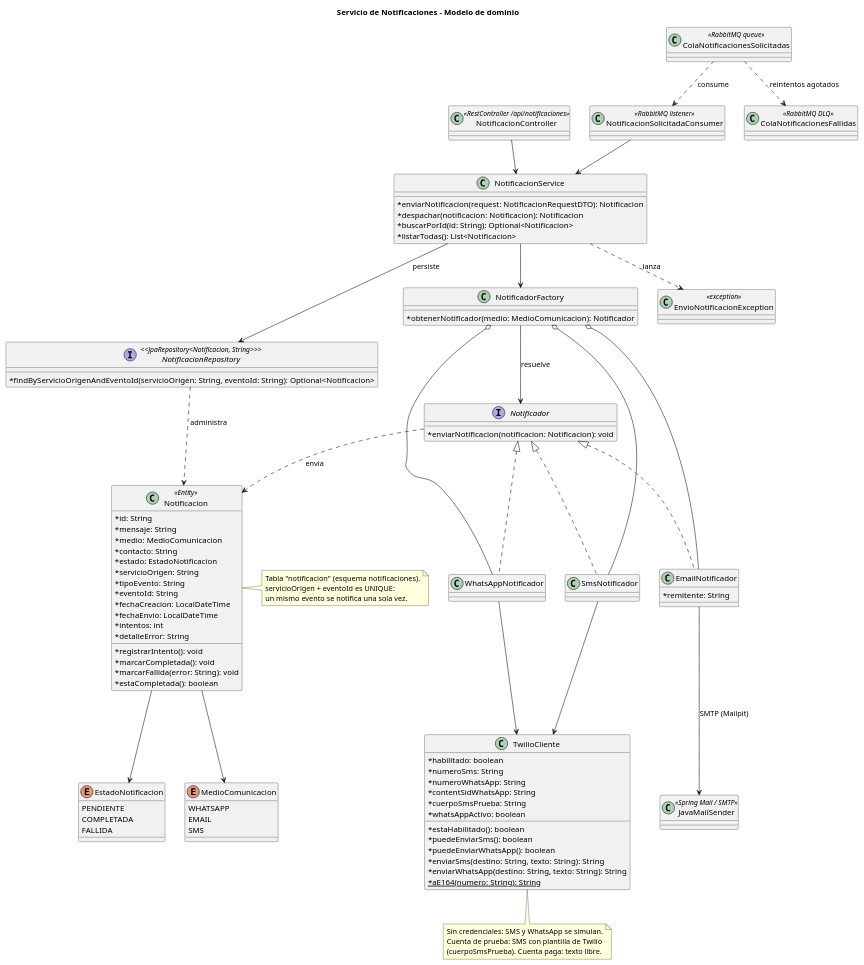
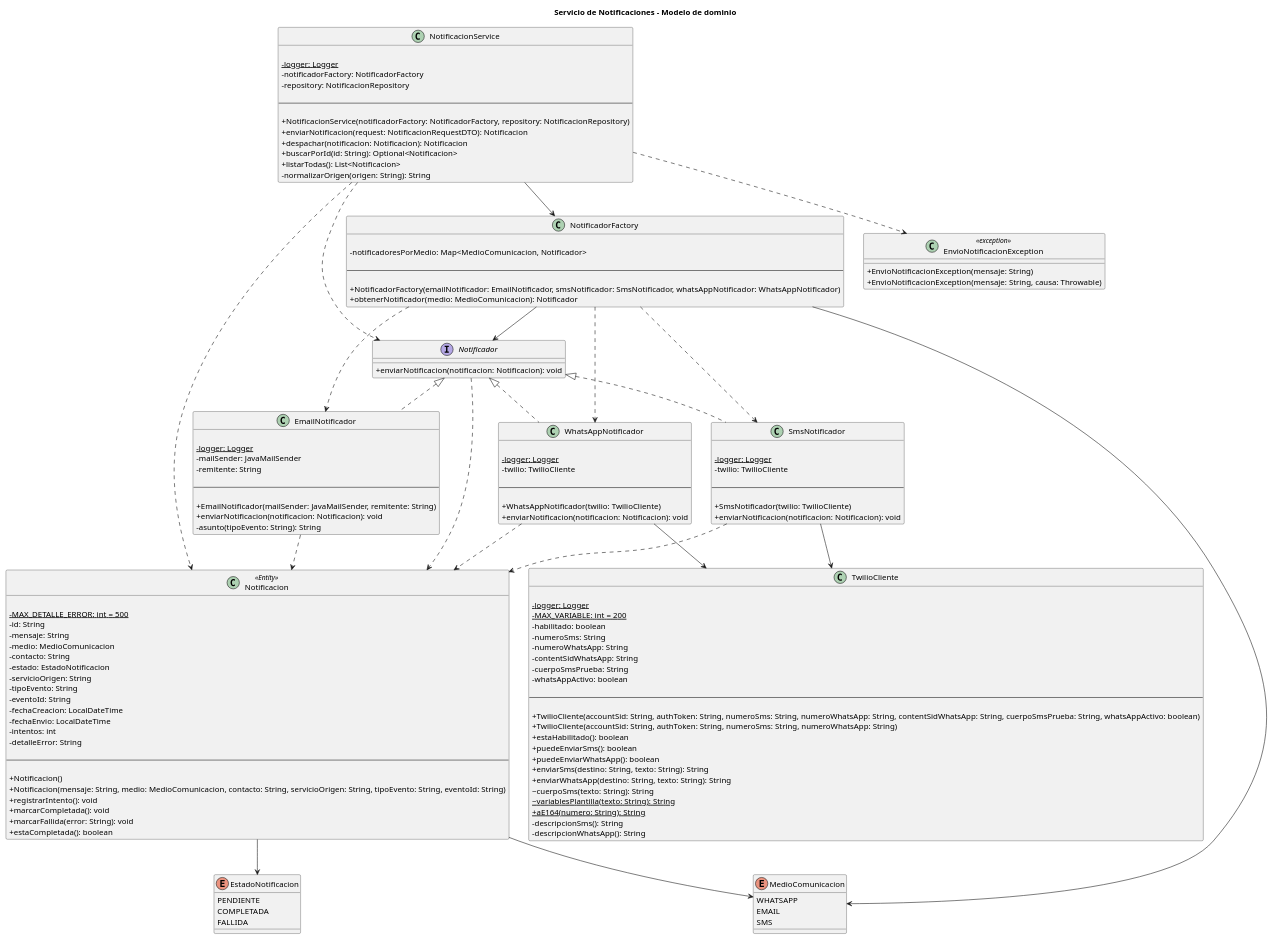
One commit to DSI-Grupo-4/tp_anual_dsi_grupo4 changed the diagram in diagramas/ddc/notificaciones.puml. Above: the diagram before and after it, drawn with PlantUML. The commit also changed 3 other files, not shown here.

Commit message:
actualizo diagramas de clases

```diff
--- a/diagramas/ddc/notificaciones.puml
+++ b/diagramas/ddc/notificaciones.puml
@@ -1,143 +1,192 @@
 @startuml ModeloDominioNotificaciones
 
 title Servicio de Notificaciones - Modelo de dominio
 
 top to bottom direction
 skinparam classAttributeIconSize 0
 
+' Fuente: model, enums, strategy, proveedores, NotificacionService y EnvioNotificacionException.
+' Todos los atributos declarados se muestran dentro de sus clases.
+' Se incluyen métodos públicos, de paquete, privados y constructores.
+' Se omiten getters y setters simples; se conservan operaciones con lógica.
+' Los tipos de DTOs, repositorios y frameworks aparecen en firmas sin desplegar sus clases.
+' Los controladores, el consumidor y las colas quedan fuera de este diagrama de dominio.
+' Las flechas no contienen etiquetas ni multiplicidades.
+
 ' ===== NOTIFICACION =====
 
 class Notificacion <<Entity>> {
 
-* id: String
-* mensaje: String
-* medio: MedioComunicacion
-* contacto: String
-* estado: EstadoNotificacion
-* servicioOrigen: String
-* tipoEvento: String
-* eventoId: String
-* fechaCreacion: LocalDateTime
-* fechaEnvio: LocalDateTime
-* intentos: int
-* detalleError: String
+- {static} MAX_DETALLE_ERROR: int = 500
+- id: String
+- mensaje: String
+- medio: MedioComunicacion
+- contacto: String
+- estado: EstadoNotificacion
+- servicioOrigen: String
+- tipoEvento: String
+- eventoId: String
+- fechaCreacion: LocalDateTime
+- fechaEnvio: LocalDateTime
+- intentos: int
+- detalleError: String
 
-* registrarIntento(): void
-* marcarCompletada(): void
-* marcarFallida(error: String): void
-* estaCompletada(): boolean
+--
+
++ Notificacion()
++ Notificacion(mensaje: String, medio: MedioComunicacion, contacto: String, servicioOrigen: String, tipoEvento: String, eventoId: String)
++ registrarIntento(): void
++ marcarCompletada(): void
++ marcarFallida(error: String): void
++ estaCompletada(): boolean
 }
 
-note right of Notificacion
-  Tabla "notificacion" (esquema notificaciones).
-  servicioOrigen + eventoId es UNIQUE:
-  un mismo evento se notifica una sola vez.
-end note
+enum MedioComunicacion {
 
-enum MedioComunicacion {
 WHATSAPP
 EMAIL
 SMS
 }
 
 enum EstadoNotificacion {
+
 PENDIENTE
 COMPLETADA
 FALLIDA
 }
 
-Notificacion --> MedioComunicacion
-Notificacion --> EstadoNotificacion
-
 ' ===== ESTRATEGIA DE ENVIO =====
 
 interface Notificador {
-* enviarNotificacion(notificacion: Notificacion): void
+
++ enviarNotificacion(notificacion: Notificacion): void
 }
 
 class EmailNotificador {
-* remitente: String
+
+- {static} logger: Logger
+- mailSender: JavaMailSender
+- remitente: String
+
+--
+
++ EmailNotificador(mailSender: JavaMailSender, remitente: String)
++ enviarNotificacion(notificacion: Notificacion): void
+- asunto(tipoEvento: String): String
 }
 
-class SmsNotificador
-class WhatsAppNotificador
+class SmsNotificador {
+
+- {static} logger: Logger
+- twilio: TwilioCliente
+
+--
+
++ SmsNotificador(twilio: TwilioCliente)
++ enviarNotificacion(notificacion: Notificacion): void
+}
+
+class WhatsAppNotificador {
+
+- {static} logger: Logger
+- twilio: TwilioCliente
+
+--
+
++ WhatsAppNotificador(twilio: TwilioCliente)
++ enviarNotificacion(notificacion: Notificacion): void
+}
+
+class NotificadorFactory {
+
+- notificadoresPorMedio: Map<MedioComunicacion, Notificador>
+
+--
+
++ NotificadorFactory(emailNotificador: EmailNotificador, smsNotificador: SmsNotificador, whatsAppNotificador: WhatsAppNotificador)
++ obtenerNotificador(medio: MedioComunicacion): Notificador
+}
+
+' ===== PROVEEDOR DE SMS Y WHATSAPP =====
+
+class TwilioCliente {
+
+- {static} logger: Logger
+- {static} MAX_VARIABLE: int = 200
+- habilitado: boolean
+- numeroSms: String
+- numeroWhatsApp: String
+- contentSidWhatsApp: String
+- cuerpoSmsPrueba: String
+- whatsAppActivo: boolean
+
+--
+
++ TwilioCliente(accountSid: String, authToken: String, numeroSms: String, numeroWhatsApp: String, contentSidWhatsApp: String, cuerpoSmsPrueba: String, whatsAppActivo: boolean)
++ TwilioCliente(accountSid: String, authToken: String, numeroSms: String, numeroWhatsApp: String)
++ estaHabilitado(): boolean
++ puedeEnviarSms(): boolean
++ puedeEnviarWhatsApp(): boolean
++ enviarSms(destino: String, texto: String): String
++ enviarWhatsApp(destino: String, texto: String): String
+~ cuerpoSms(texto: String): String
+~ {static} variablesPlantilla(texto: String): String
++ {static} aE164(numero: String): String
+- descripcionSms(): String
+- descripcionWhatsApp(): String
+}
+
+' ===== GESTION DE NOTIFICACIONES =====
+
+class NotificacionService {
+
+- {static} logger: Logger
+- notificadorFactory: NotificadorFactory
+- repository: NotificacionRepository
+
+--
+
++ NotificacionService(notificadorFactory: NotificadorFactory, repository: NotificacionRepository)
++ enviarNotificacion(request: NotificacionRequestDTO): Notificacion
++ despachar(notificacion: Notificacion): Notificacion
++ buscarPorId(id: String): Optional<Notificacion>
++ listarTodas(): List<Notificacion>
+- normalizarOrigen(origen: String): String
+}
+
+class EnvioNotificacionException <<exception>> {
+
++ EnvioNotificacionException(mensaje: String)
++ EnvioNotificacionException(mensaje: String, causa: Throwable)
+}
+
+' ===== HERENCIA E IMPLEMENTACION =====
 
 Notificador <|.. EmailNotificador
 Notificador <|.. SmsNotificador
 Notificador <|.. WhatsAppNotificador
-Notificador ..> Notificacion : envia
 
-class NotificadorFactory {
-* obtenerNotificador(medio: MedioComunicacion): Notificador
-}
+' ===== RELACIONES ESTRUCTURALES =====
 
-NotificadorFactory --> Notificador : resuelve
-NotificadorFactory o-- EmailNotificador
-NotificadorFactory o-- SmsNotificador
-NotificadorFactory o-- WhatsAppNotificador
-
-' ===== PROVEEDORES EXTERNOS =====
-
-class JavaMailSender <<Spring Mail / SMTP>>
-
-class TwilioCliente {
-* habilitado: boolean
-* numeroSms: String
-* numeroWhatsApp: String
-* contentSidWhatsApp: String
-* cuerpoSmsPrueba: String
-* whatsAppActivo: boolean
-
-* estaHabilitado(): boolean
-* puedeEnviarSms(): boolean
-* puedeEnviarWhatsApp(): boolean
-* enviarSms(destino: String, texto: String): String
-* enviarWhatsApp(destino: String, texto: String): String
-* {static} aE164(numero: String): String
-}
-
-EmailNotificador --> JavaMailSender : SMTP (Mailpit)
+Notificacion --> MedioComunicacion
+Notificacion --> EstadoNotificacion
+NotificacionService --> NotificadorFactory
+NotificadorFactory --> MedioComunicacion
+NotificadorFactory --> Notificador
 SmsNotificador --> TwilioCliente
 WhatsAppNotificador --> TwilioCliente
 
-note bottom of TwilioCliente
-  Sin credenciales: SMS y WhatsApp se simulan.
-  Cuenta de prueba: SMS con plantilla de Twilio
-  (cuerpoSmsPrueba). Cuenta paga: texto libre.
-end note
+' ===== DEPENDENCIAS =====
 
-' ===== SERVICIO Y PERSISTENCIA =====
-
-class NotificacionService {
-
-* enviarNotificacion(request: NotificacionRequestDTO): Notificacion
-* despachar(notificacion: Notificacion): Notificacion
-* buscarPorId(id: String): Optional<Notificacion>
-* listarTodas(): List<Notificacion>
-}
-
-interface NotificacionRepository <<JpaRepository<Notificacion, String>>> {
-* findByServicioOrigenAndEventoId(servicioOrigen: String, eventoId: String): Optional<Notificacion>
-}
-
-class EnvioNotificacionException <<exception>>
-
-NotificacionService --> NotificadorFactory
-NotificacionService --> NotificacionRepository : persiste
-NotificacionRepository ..> Notificacion : administra
-NotificacionService ..> EnvioNotificacionException : lanza
-
-' ===== INTEGRACION =====
-
-class NotificacionController <<RestController /api/notificaciones>>
-class NotificacionSolicitadaConsumer <<RabbitMQ listener>>
-class ColaNotificacionesSolicitadas <<RabbitMQ queue>>
-class ColaNotificacionesFallidas <<RabbitMQ DLQ>>
-
-NotificacionController --> NotificacionService
-NotificacionSolicitadaConsumer --> NotificacionService
-
-ColaNotificacionesSolicitadas ..> NotificacionSolicitadaConsumer : consume
-ColaNotificacionesSolicitadas ..> ColaNotificacionesFallidas : reintentos agotados
+EmailNotificador ..> Notificacion
+NotificacionService ..> EnvioNotificacionException
+NotificacionService ..> Notificacion
+NotificacionService ..> Notificador
+Notificador ..> Notificacion
+NotificadorFactory ..> EmailNotificador
+NotificadorFactory ..> SmsNotificador
+NotificadorFactory ..> WhatsAppNotificador
+SmsNotificador ..> Notificacion
+WhatsAppNotificador ..> Notificacion
 
 @enduml
```
